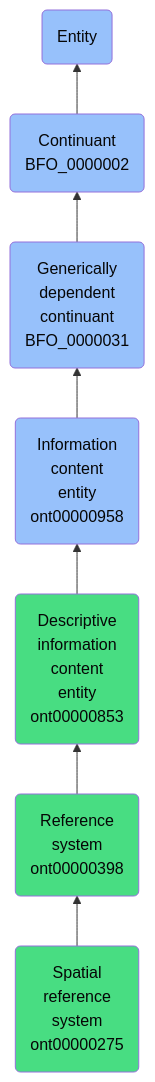
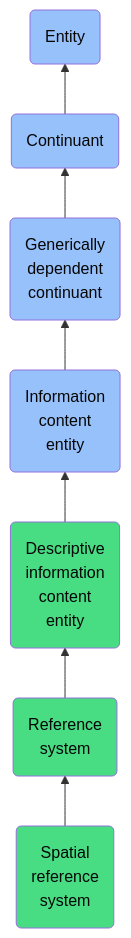
Before and after one commit to jupyter-naas/abi: the diagram in docs/ontology/reference/model/Entity/Continuant/Generically dependent continuant/Information content entity/Descriptive information content entity/Reference system/Spatial reference system/Spatial reference system.md, drawn with Mermaid. The commit also changed other lines of this file and 1430 other files, not shown here.

````diff
--- a/docs/ontology/reference/model/Entity/Continuant/Generically dependent continuant/Information content entity/Descriptive information content entity/Reference system/Spatial reference system/Spatial reference system.md
+++ b/docs/ontology/reference/model/Entity/Continuant/Generically dependent continuant/Information content entity/Descriptive information content entity/Reference system/Spatial reference system/Spatial reference system.md
@@ -26,14 +26,14 @@
 ```mermaid
 graph BT
-    ont00000275(Spatial<br>reference<br>system<br>ont00000275):::ABI-->ont00000398
-    ont00000398(Reference<br>system<br>ont00000398):::ABI-->ont00000853
-    ont00000853(Descriptive<br>information<br>content<br>entity<br>ont00000853):::ABI-->ont00000958
-    ont00000958(Information<br>content<br>entity<br>ont00000958):::BFO-->BFO_0000031
-    BFO_0000031(Generically<br>dependent<br>continuant<br>BFO_0000031):::BFO-->BFO_0000002
-    BFO_0000002(Continuant<br>BFO_0000002):::BFO-->BFO_0000001
+    ont00000275(Spatial<br>reference<br>system):::ABI-->ont00000398
+    ont00000398(Reference<br>system):::ABI-->ont00000853
+    ont00000853(Descriptive<br>information<br>content<br>entity):::ABI-->ont00000958
+    ont00000958(Information<br>content<br>entity):::BFO-->BFO_0000031
+    BFO_0000031(Generically<br>dependent<br>continuant):::BFO-->BFO_0000002
+    BFO_0000002(Continuant):::BFO-->BFO_0000001
     BFO_0000001(Entity):::BFO
     
     classDef BFO fill:#97c1fb,color:#060606
     classDef CCO fill:#e4c51e,color:#060606
     classDef ABI fill:#48DD82,color:#060606
 ```
````
